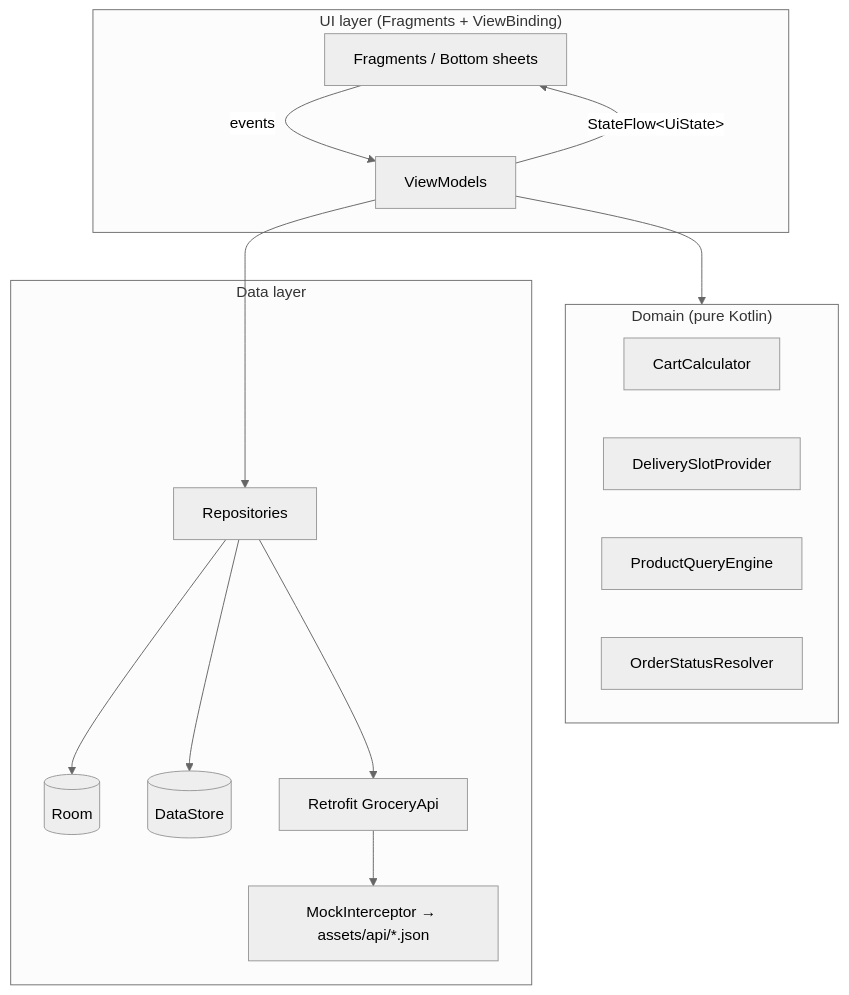
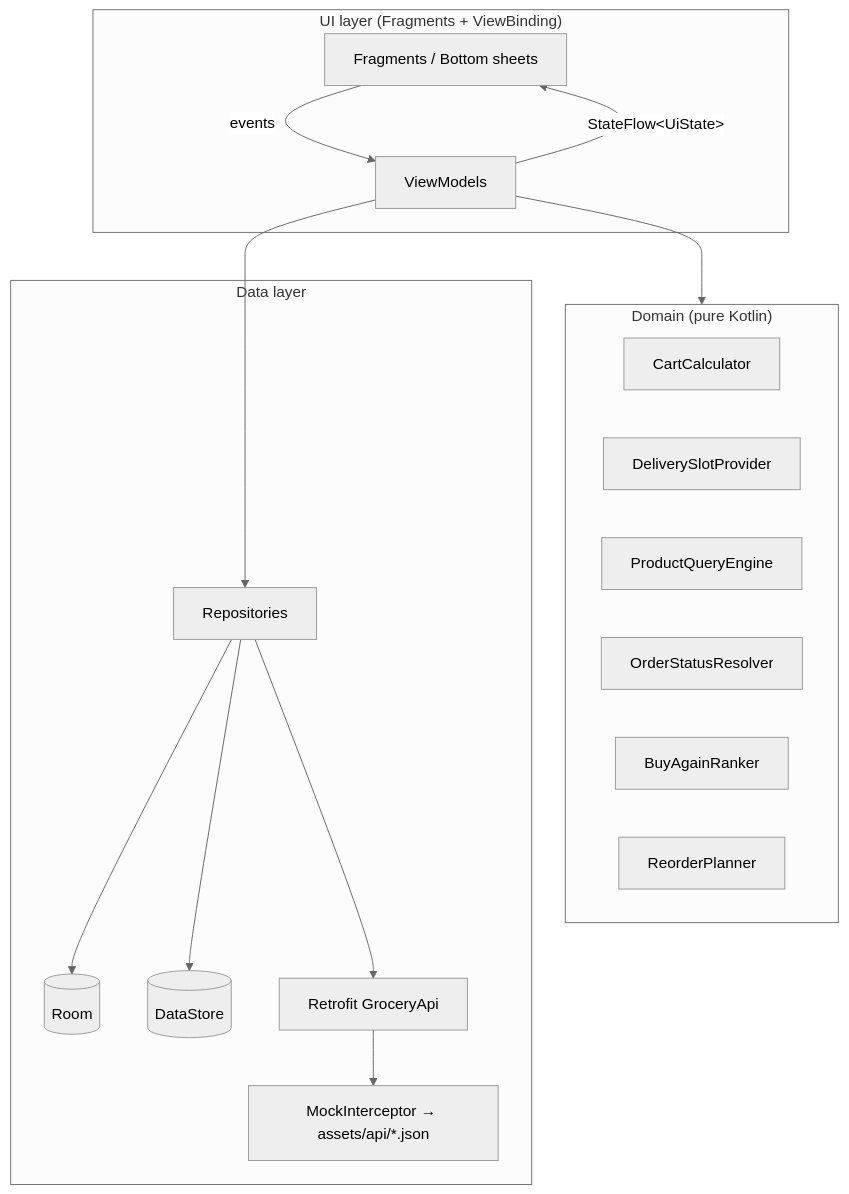
The diagram in README.md (iEswar23/GreenBasket), drawn with Mermaid (neutral theme) before and after one commit. The commit also changed other lines of this file and 34 other files, not shown here.

First line of the commit message:
Add Buy again shelf and one-tap reorder

````diff
--- a/README.md
+++ b/README.md
@@ -62,21 +72,23 @@
 ```mermaid
 flowchart TD
     subgraph UI["UI layer (Fragments + ViewBinding)"]
         F[Fragments / Bottom sheets] -->|events| VM[ViewModels]
         VM -->|StateFlow&lt;UiState&gt;| F
     end
     subgraph Domain["Domain (pure Kotlin)"]
         CC[CartCalculator]
         DS[DeliverySlotProvider]
         PQ[ProductQueryEngine]
         OS[OrderStatusResolver]
+        BA[BuyAgainRanker]
+        RP[ReorderPlanner]
     end
     subgraph Data["Data layer"]
         R[Repositories] --> ROOM[(Room)]
         R --> DSP[(DataStore)]
         R --> API[Retrofit GroceryApi]
         API --> MI[MockInterceptor → assets/api/*.json]
     end
     VM --> R
     VM --> Domain
 ```
````
